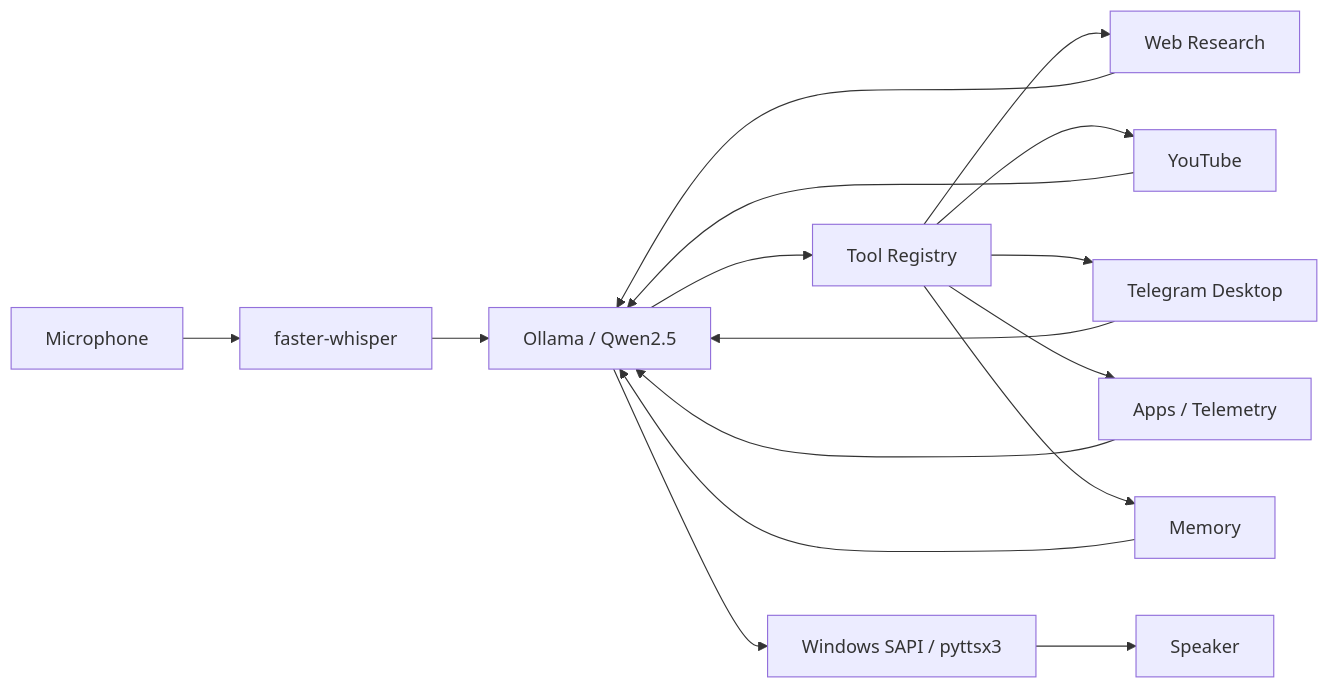
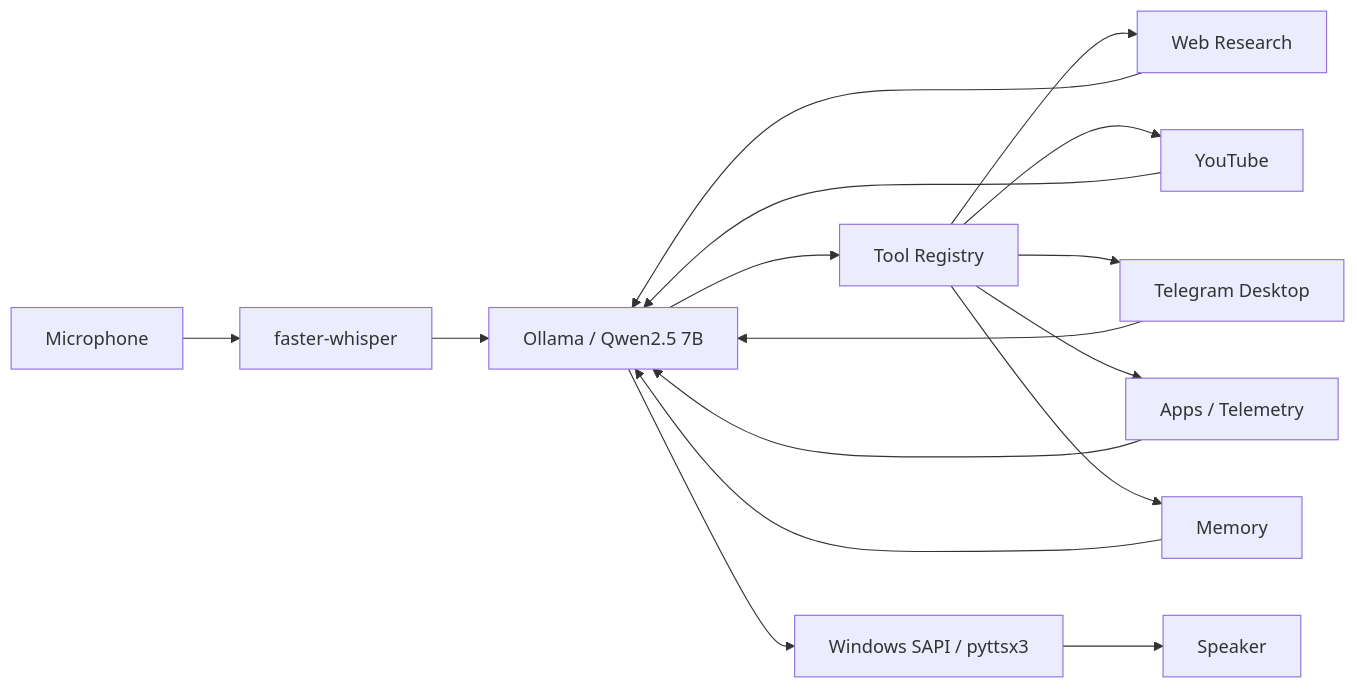
The diagram in README.md (mostafa-kermaninia/Orbit-Local-AI-Agent), drawn with Mermaid before and after one commit. The commit also changed other lines of this file and 42 other files, not shown here.

````diff
--- a/README.md
+++ b/README.md
@@ -88,18 +90,18 @@
 ```mermaid
 flowchart LR
     MIC[Microphone] --> STT[faster-whisper]
-    STT --> LLM[Ollama / Qwen2.5]
+    STT --> LLM[Ollama / Qwen2.5 7B]
     LLM --> REG[Tool Registry]
     REG --> WEB[Web Research]
     REG --> YT[YouTube]
     REG --> TG[Telegram Desktop]
     REG --> SYS[Apps / Telemetry]
     REG --> MEM[Memory]
     WEB --> LLM
     YT --> LLM
     TG --> LLM
     SYS --> LLM
     MEM --> LLM
     LLM --> TTS[Windows SAPI / pyttsx3]
     TTS --> SPK[Speaker]
 ```
````
